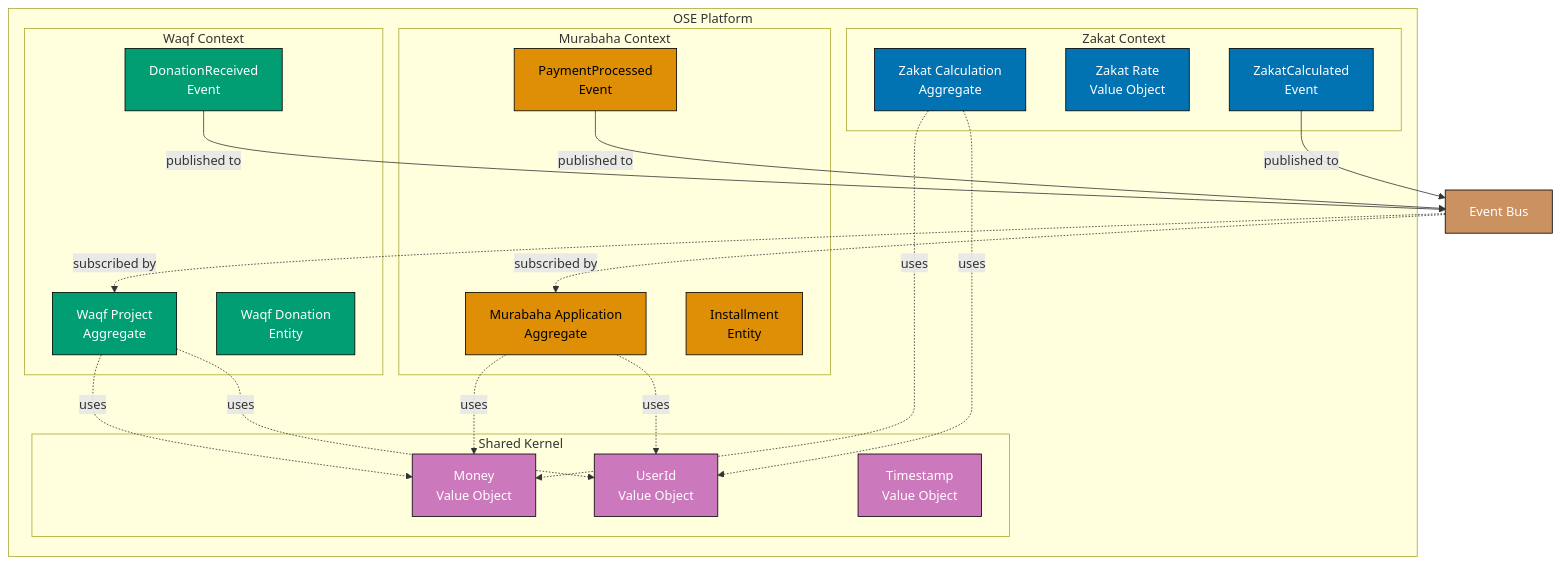
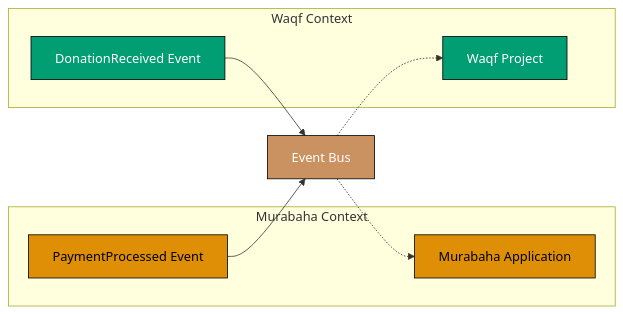
The second of 2 diagrams in docs/explanation/software-engineering/platform-web/tools/jvm-spring-boot/domain-driven-design.md (wahidyankf/open-sharia-enterprise), drawn with Mermaid before and after one commit. The commit also changed other lines of this file and 22 other files, not shown here.

First line of the commit message:
fix(docs): fix mermaid violations in platform-web docs

````diff
--- a/docs/explanation/software-engineering/platform-web/tools/jvm-spring-boot/domain-driven-design.md
+++ b/docs/explanation/software-engineering/platform-web/tools/jvm-spring-boot/domain-driven-design.md
@@ -1148,58 +1177,25 @@
 ```mermaid
 %% Color Palette: Blue #0173B2, Orange #DE8F05, Teal #029E73, Purple #CC78BC, Brown #CA9161
 %% All colors are color-blind friendly and meet WCAG AA contrast standards
-graph TD
-    subgraph "OSE Platform"
-        subgraph "Zakat Context"
-            ZC[Zakat Calculation<br/>Aggregate]
-            ZR[Zakat Rate<br/>Value Object]
-            ZE[ZakatCalculated<br/>Event]
-        end
-
-        subgraph "Murabaha Context"
-            MA[Murabaha Application<br/>Aggregate]
-            MI[Installment<br/>Entity]
-            ME[PaymentProcessed<br/>Event]
-        end
-
-        subgraph "Waqf Context"
-            WP[Waqf Project<br/>Aggregate]
-            WD[Waqf Donation<br/>Entity]
-            WE[DonationReceived<br/>Event]
-        end
-
-        subgraph "Shared Kernel"
-            MONEY[Money<br/>Value Object]
-            USER[UserId<br/>Value Object]
-            TIME[Timestamp<br/>Value Object]
-        end
+graph LR
+    subgraph "Murabaha Context"
+        MA[Murabaha Application]
+        ME[PaymentProcessed Event]
     end
 
-    ZC -.->|uses| MONEY
-    ZC -.->|uses| USER
-    MA -.->|uses| MONEY
-    MA -.->|uses| USER
-    WP -.->|uses| MONEY
-    WP -.->|uses| USER
+    subgraph "Waqf Context"
+        WP[Waqf Project]
+        WE[DonationReceived Event]
+    end
 
-    ZE -->|published to| EB[Event Bus]
-    ME -->|published to| EB
-    WE -->|published to| EB
+    ME --> EB[Event Bus]
+    WE --> EB
+    EB -.-> MA
+    EB -.-> WP
 
-    EB -.->|subscribed by| MA
-    EB -.->|subscribed by| WP
-
-    style ZC fill:#0173B2,stroke:#000,color:#fff
-    style ZR fill:#0173B2,stroke:#000,color:#fff
-    style ZE fill:#0173B2,stroke:#000,color:#fff
     style MA fill:#DE8F05,stroke:#000,color:#000
-    style MI fill:#DE8F05,stroke:#000,color:#000
     style ME fill:#DE8F05,stroke:#000,color:#000
     style WP fill:#029E73,stroke:#000,color:#fff
-    style WD fill:#029E73,stroke:#000,color:#fff
     style WE fill:#029E73,stroke:#000,color:#fff
-    style MONEY fill:#CC78BC,stroke:#000,color:#fff
-    style USER fill:#CC78BC,stroke:#000,color:#fff
-    style TIME fill:#CC78BC,stroke:#000,color:#fff
     style EB fill:#CA9161,stroke:#000,color:#fff
 ```
````
